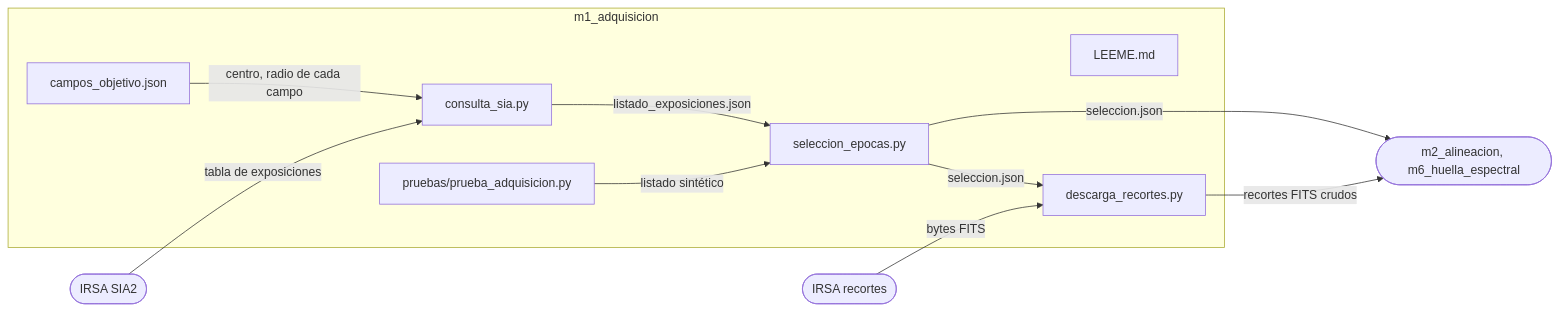
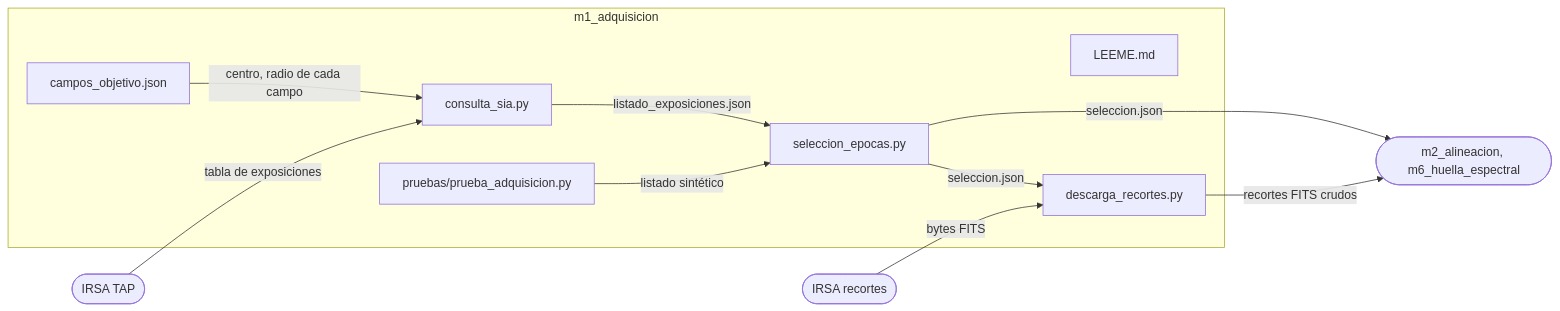
Before and after one commit to Beltranpcb/AstroNova: the second of 19 diagrams in ARQUITECTURA.md, drawn with Mermaid. The commit also changed other lines of this file and 1 other file, not shown here.

````diff
--- a/ARQUITECTURA.md
+++ b/ARQUITECTURA.md
@@ -172,22 +172,22 @@
 ```mermaid
 flowchart LR
   subgraph MODULO["m1_adquisicion"]
     f0["LEEME.md"]
     f1["campos_objetivo.json"]
     f2["consulta_sia.py"]
     f3["seleccion_epocas.py"]
     f4["descarga_recortes.py"]
     f5["pruebas/prueba_adquisicion.py"]
   end
-  e0(["IRSA SIA2"])
+  e0(["IRSA TAP"])
   e1(["IRSA recortes"])
   e2(["m2_alineacion, m6_huella_espectral"])
   f1 -->|"centro, radio de cada campo"| f2
   e0 -->|"tabla de exposiciones"| f2
   f2 -->|"listado_exposiciones.json"| f3
   f3 -->|"seleccion.json"| f4
   e1 -->|"bytes FITS"| f4
   f3 -->|"seleccion.json"| e2
   f4 -->|"recortes FITS crudos"| e2
   f5 -->|"listado sintético"| f3
 ```
````
